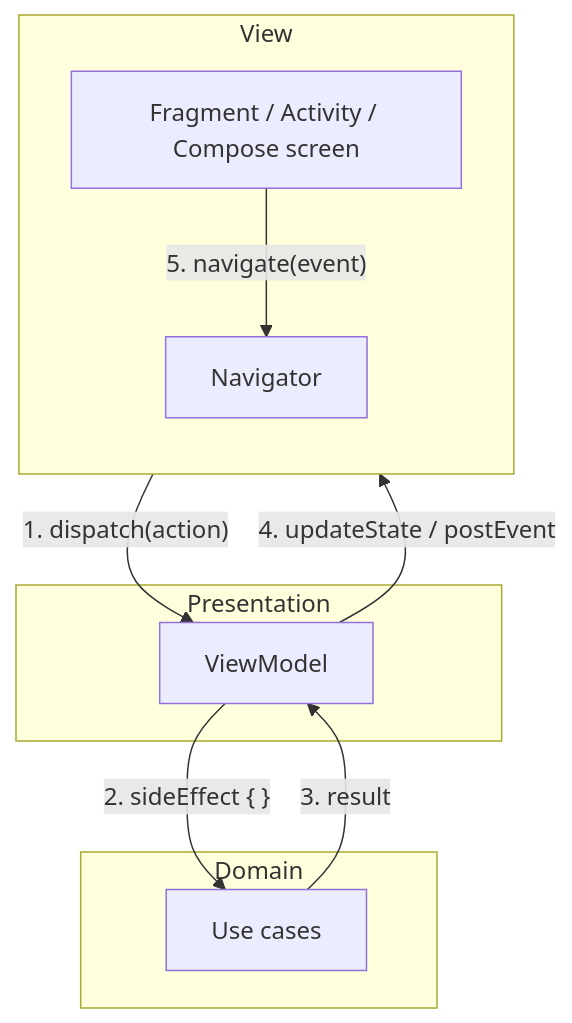
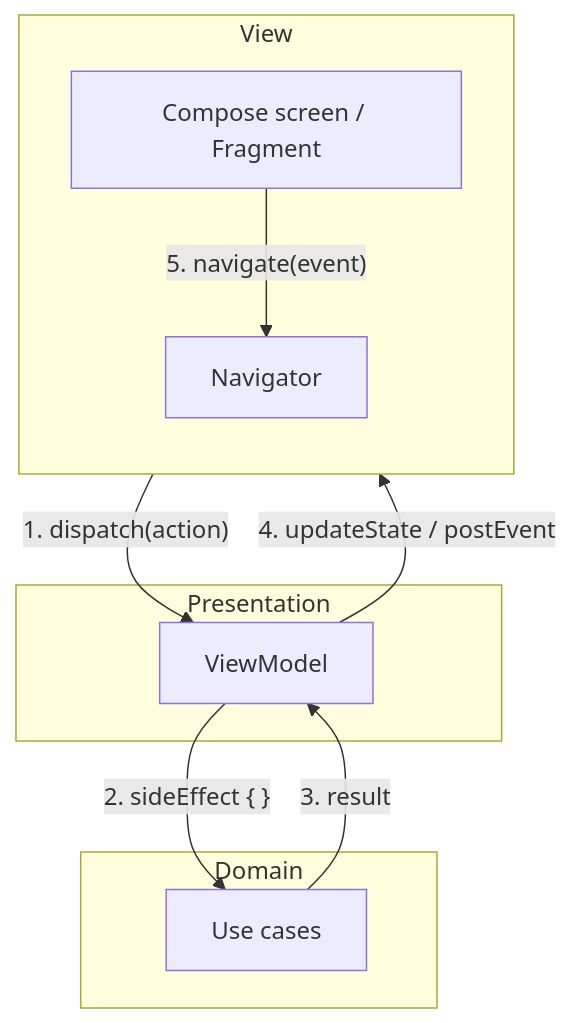
The first of 2 diagrams in docs/concepts/architecture.md (carmabs/Ema), drawn with Mermaid before and after one commit. The commit also changed 36 other files, not shown here.

````diff
--- a/docs/concepts/architecture.md
+++ b/docs/concepts/architecture.md
@@ -5,19 +5,19 @@
 ```mermaid
 flowchart TB
     subgraph View
         direction TB
-        F[Fragment / Activity / Compose screen]
+        F[Compose screen / Fragment]
         NV[Navigator]
     end
     subgraph Presentation
         VM[ViewModel]
     end
     subgraph Domain
         UC[Use cases]
     end
     F -- "1. dispatch(action)" --> VM
     VM -- "2. sideEffect { }" --> UC
     UC -- "3. result" --> VM
     VM -- "4. updateState / postEvent" --> F
     F -- "5. navigate(event)" --> NV
 ```
````
